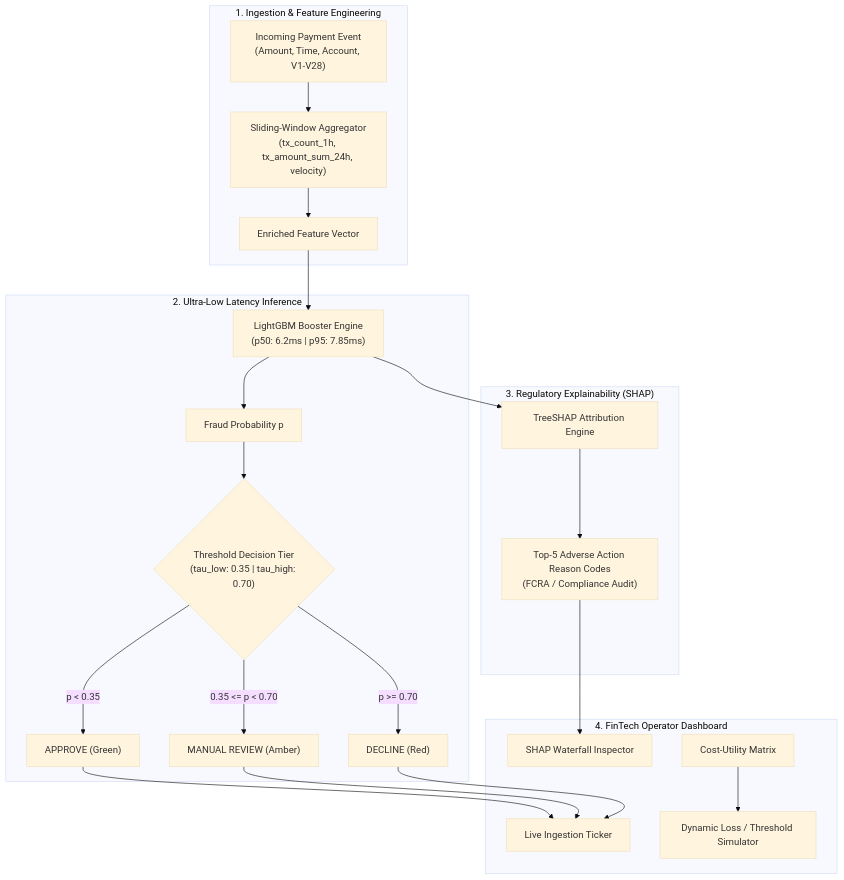
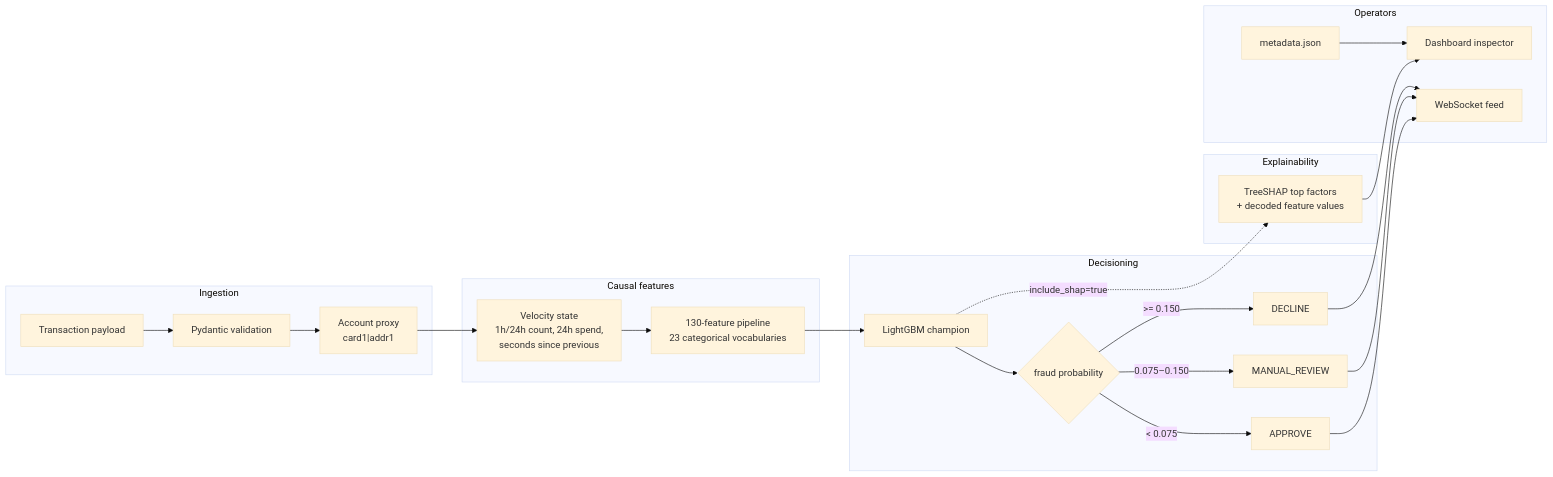
Before and after one commit to gunasekhar-7/Real-Time-Transaction-Fraud-Detection: the diagram in README.md, drawn with Mermaid (base theme). The commit also changed other lines of this file and 66 other files, not shown here.

````diff
--- a/README.md
+++ b/README.md
@@ -16,29 +125,32 @@
 ```mermaid
-flowchart TD
-    subgraph Ingestion["1. Ingestion & Feature Engineering"]
-        TxEvent["Incoming Payment Event\n(Amount, Time, Account, V1-V28)"] --> StateEngine["Sliding-Window Aggregator\n(tx_count_1h, tx_amount_sum_24h, velocity)"]
-        StateEngine --> FeatureVector["Enriched Feature Vector"]
+flowchart LR
+    subgraph Ingest["Ingestion"]
+        TX["Transaction payload"] --> VAL["Pydantic validation"]
+        VAL --> ACC["Account proxy\ncard1|addr1"]
     end
 
-    subgraph Inference["2. Ultra-Low Latency Inference"]
-        FeatureVector --> Booster["LightGBM Booster Engine\n(p50: 6.2ms | p95: 7.85ms)"]
-        Booster --> Prob["Fraud Probability p"]
-        Prob --> DecisionRules{"Threshold Decision Tier\n(tau_low: 0.35 | tau_high: 0.70)"}
-        DecisionRules -->|p < 0.35| Approve["APPROVE (Green)"]
-        DecisionRules -->|0.35 <= p < 0.70| Review["MANUAL REVIEW (Amber)"]
-        DecisionRules -->|p >= 0.70| Decline["DECLINE (Red)"]
+    subgraph Features["Causal features"]
+        ACC --> VEL["Velocity state\n1h/24h count, 24h spend,\nseconds since previous"]
+        VEL --> PIPE["130-feature pipeline\n23 categorical vocabularies"]
     end
 
-    subgraph Explainability["3. Regulatory Explainability (SHAP)"]
-        Booster --> TreeSHAP["TreeSHAP Attribution Engine"]
-        TreeSHAP --> ReasonCodes["Top-5 Adverse Action Reason Codes\n(FCRA / Compliance Audit)"]
+    subgraph Score["Decisioning"]
+        PIPE --> LGBM["LightGBM champion"]
+        LGBM --> P{"fraud probability"}
+        P -->|"< 0.075"| A["APPROVE"]
+        P -->|"0.075–0.150"| R["MANUAL_REVIEW"]
+        P -->|">= 0.150"| D["DECLINE"]
     end
 
-    subgraph OperatorUI["4. FinTech Operator Dashboard"]
-        Approve --> LiveFeed["Live Ingestion Ticker"]
-        Review --> LiveFeed
-        Decline --> LiveFeed
-        ReasonCodes --> Inspector["SHAP Waterfall Inspector"]
-        CostCurve["Cost-Utility Matrix"] --> Sim["Dynamic Loss / Threshold Simulator"]
+    subgraph Explain["Explainability"]
+        LGBM -. "include_shap=true" .-> SHAP["TreeSHAP top factors\n+ decoded feature values"]
+    end
+
+    subgraph Ops["Operators"]
+        A --> FEED["WebSocket feed"]
+        R --> FEED
+        D --> FEED
+        SHAP --> UI["Dashboard inspector"]
+        META["metadata.json"] --> UI
     end
 ```
````
